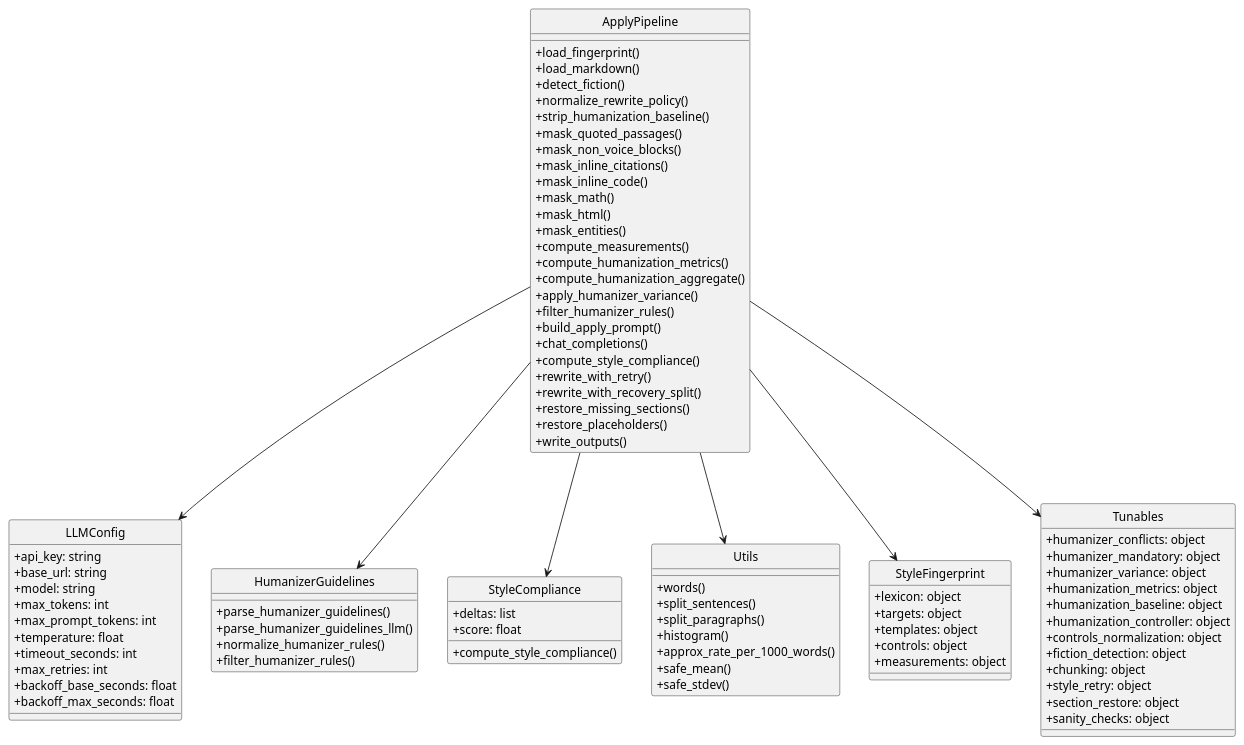
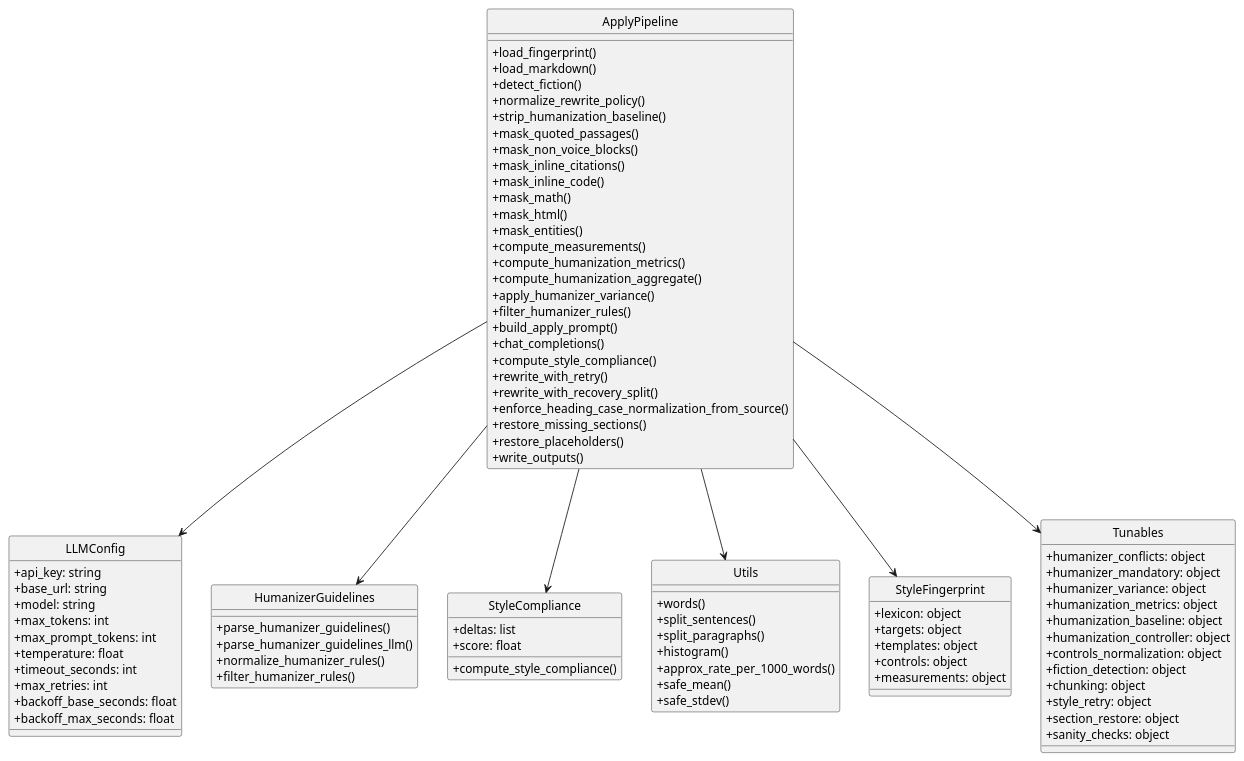
Before and after one commit to ngpepin/stylometric-transfer: the first of 3 diagrams in UML-Apply.md, drawn with PlantUML. The commit also changed other lines of this file and 6 other files, not shown here.

Commit message:
feat: implement heading case normalization with configurable options and tests

```diff
--- a/UML-Apply.md
+++ b/UML-Apply.md
@@ -45,6 +45,7 @@
   +compute_style_compliance()
   +rewrite_with_retry()
   +rewrite_with_recovery_split()
+  +enforce_heading_case_normalization_from_source()
   +restore_missing_sections()
   +restore_placeholders()
   +write_outputs()
```
